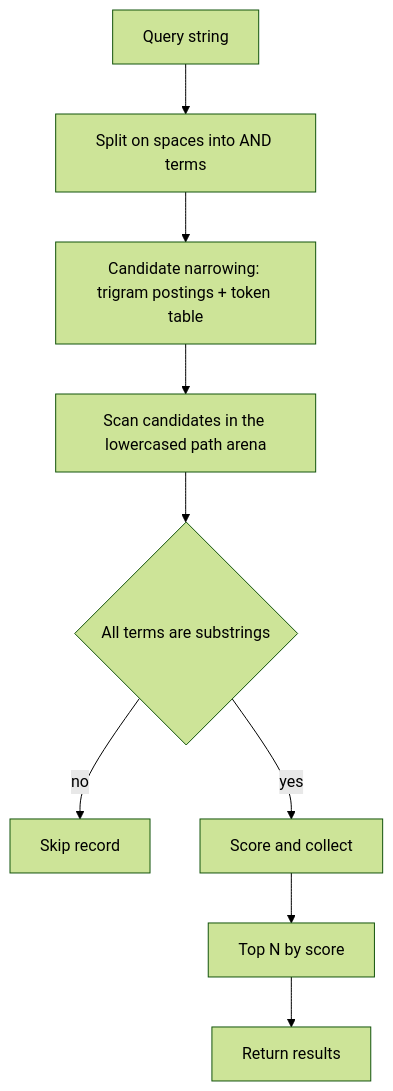
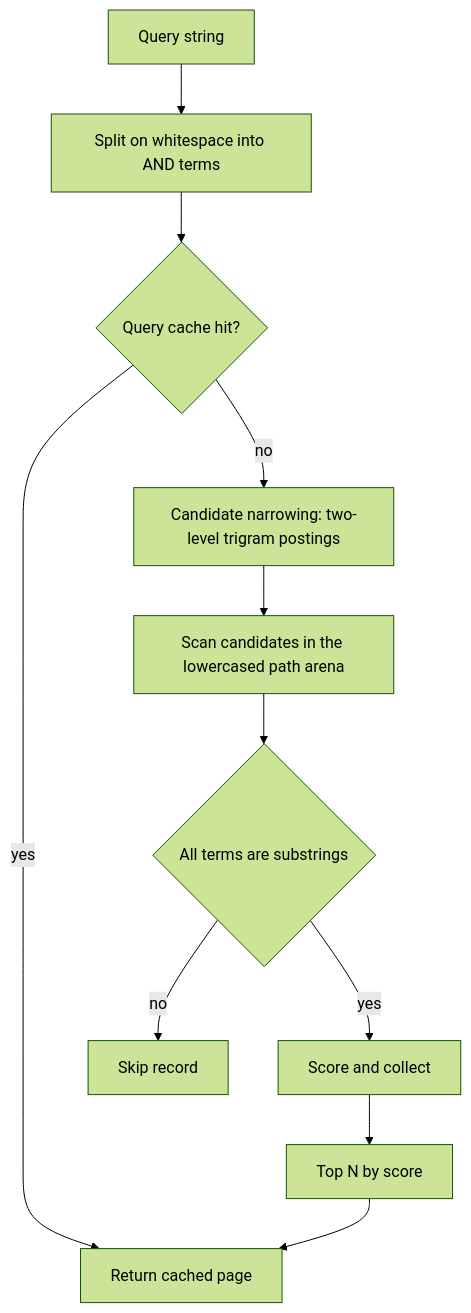
Before and after one commit to brrrassica/omavrything: the second of 5 diagrams in docs/architecture.md, drawn with Mermaid (forest theme). The commit also changed other lines of this file and 12 other files, not shown here.

````diff
--- a/docs/architecture.md
+++ b/docs/architecture.md
@@ -103,11 +126,13 @@
 ```mermaid
 flowchart TD
-    Q[Query string] --> SPLIT[Split on spaces into AND terms]
-    SPLIT --> NARROW[Candidate narrowing: trigram postings + token table]
+    Q[Query string] --> SPLIT[Split on whitespace into AND terms]
+    SPLIT --> CACHE{Query cache hit?}
+    CACHE -- yes --> OUT[Return cached page]
+    CACHE -- no --> NARROW[Candidate narrowing: two-level trigram postings]
     NARROW --> SCAN[Scan candidates in the lowercased path arena]
     SCAN --> MATCH{All terms are substrings}
     MATCH -- no --> SKIP[Skip record]
     MATCH -- yes --> RANK[Score and collect]
     RANK --> TOP[Top N by score]
-    TOP --> OUT[Return results]
+    TOP --> OUT
 ```
````
